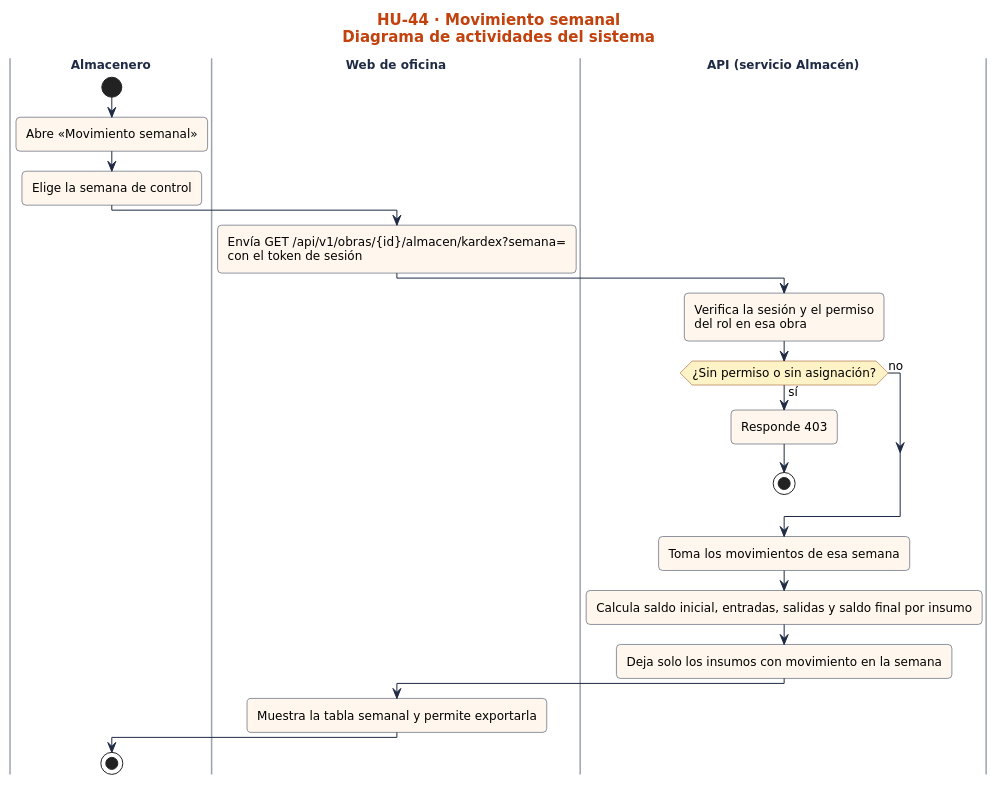
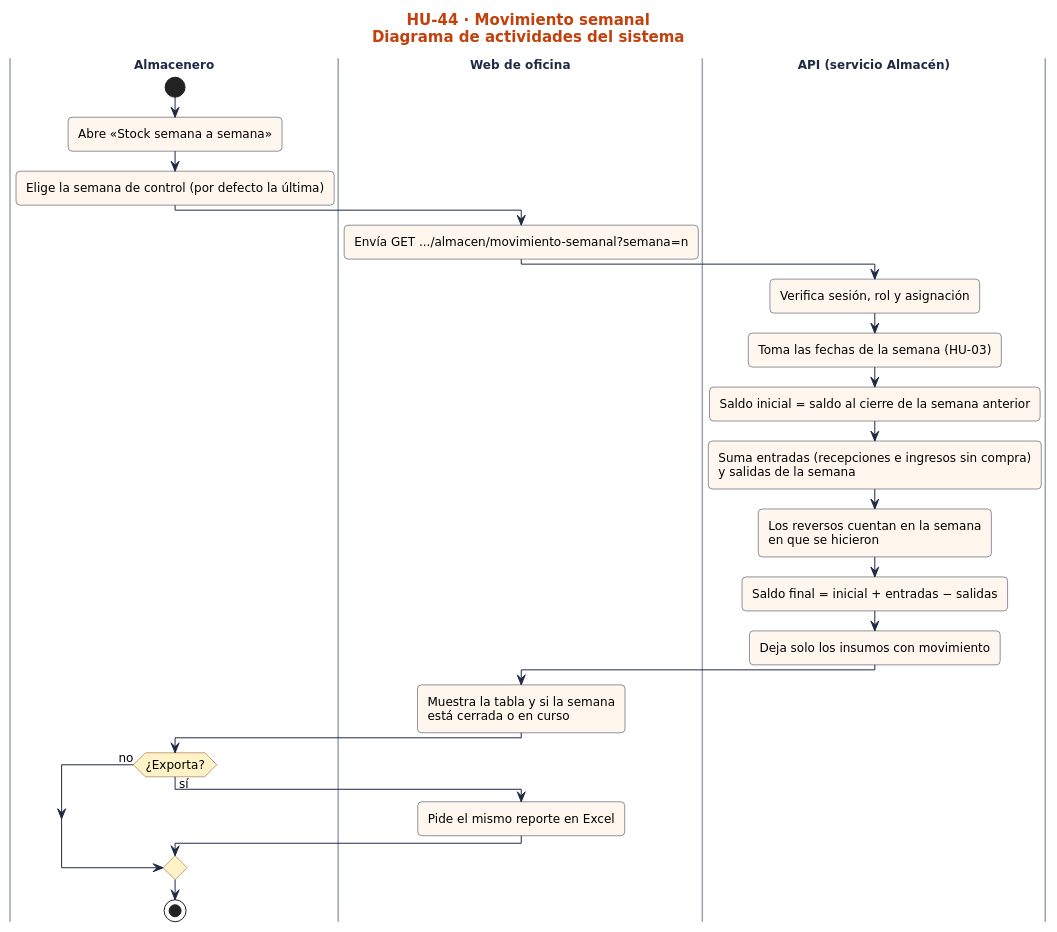
Before and after one commit to nandoestebanif/sevens-sigro: the diagram in docs/sprint-2/diagramas-hu/hu-44-movimiento-semanal/actividades.puml, drawn with PlantUML. The commit also changed 56 other files, not shown here.

First line of the commit message:
docs(sprint-2): diagramas a medida de 12 HU, estados E06/E07/E12 y guía de Adiel

```diff
--- a/docs/sprint-2/diagramas-hu/hu-44-movimiento-semanal/actividades.puml
+++ b/docs/sprint-2/diagramas-hu/hu-44-movimiento-semanal/actividades.puml
@@ -1,55 +1,60 @@
 @startuml
 skinparam defaultFontName "DejaVu Sans"
 skinparam defaultFontSize 12
 skinparam shadowing false
 skinparam roundCorner 8
 skinparam ArrowColor #1F2A44
 skinparam ActivityBorderColor #1F2A44
 skinparam ActivityBackgroundColor #FFF7ED
 skinparam ActivityDiamondBackgroundColor #FEF3C7
 skinparam ActivityDiamondBorderColor #92400E
 skinparam SwimlaneTitleFontStyle bold
 skinparam SwimlaneTitleFontColor #1F2A44
 skinparam SwimlaneBorderColor #9CA3AF
 skinparam PartitionBorderColor #9CA3AF
 skinparam ParticipantBorderColor #1F2A44
 skinparam ParticipantBackgroundColor #FFF7ED
 skinparam ActorBorderColor #1F2A44
 skinparam ActorBackgroundColor #FFF7ED
 skinparam DatabaseBorderColor #1F2A44
 skinparam DatabaseBackgroundColor #E0E7FF
 skinparam SequenceLifeLineBorderColor #9CA3AF
 skinparam SequenceGroupBorderColor #C2410C
 skinparam SequenceGroupHeaderFontColor #C2410C
 skinparam StateBorderColor #1F2A44
 skinparam StateBackgroundColor #FFF7ED
 skinparam StateStartColor #1F2A44
 skinparam StateEndColor #1F2A44
 skinparam NoteBackgroundColor #F3F4F6
 skinparam NoteBorderColor #9CA3AF
 skinparam TitleFontSize 15
 skinparam TitleFontColor #C2410C
 skinparam ClassBorderColor #1F2A44
 skinparam ClassBackgroundColor #FFF7ED
+
 title HU-44 · Movimiento semanal\nDiagrama de actividades del sistema
 |Almacenero|
 start
-:Abre «Movimiento semanal»;
-:Elige la semana de control;
+:Abre «Stock semana a semana»;
+:Elige la semana de control (por defecto la última);
 |Web de oficina|
-:Envía GET /api/v1/obras/{id}/almacen/kardex?semana=\ncon el token de sesión;
+:Envía GET .../almacen/movimiento-semanal?semana=n;
 |API (servicio Almacén)|
-:Verifica la sesión y el permiso\ndel rol en esa obra;
-if (¿Sin permiso o sin asignación?) then (sí)
-:Responde 403;
-stop
+:Verifica sesión, rol y asignación;
+:Toma las fechas de la semana (HU-03);
+:Saldo inicial = saldo al cierre de la semana anterior;
+:Suma entradas (recepciones e ingresos sin compra)\ny salidas de la semana;
+:Los reversos cuentan en la semana\nen que se hicieron;
+:Saldo final = inicial + entradas − salidas;
+:Deja solo los insumos con movimiento;
+|Web de oficina|
+:Muestra la tabla y si la semana\nestá cerrada o en curso;
+|Almacenero|
+if (¿Exporta?) then (sí)
+  |Web de oficina|
+  :Pide el mismo reporte en Excel;
 else (no)
 endif
-:Toma los movimientos de esa semana;
-:Calcula saldo inicial, entradas, salidas y saldo final por insumo;
-:Deja solo los insumos con movimiento en la semana;
-|Web de oficina|
-:Muestra la tabla semanal y permite exportarla;
 |Almacenero|
 stop
 @enduml
```
